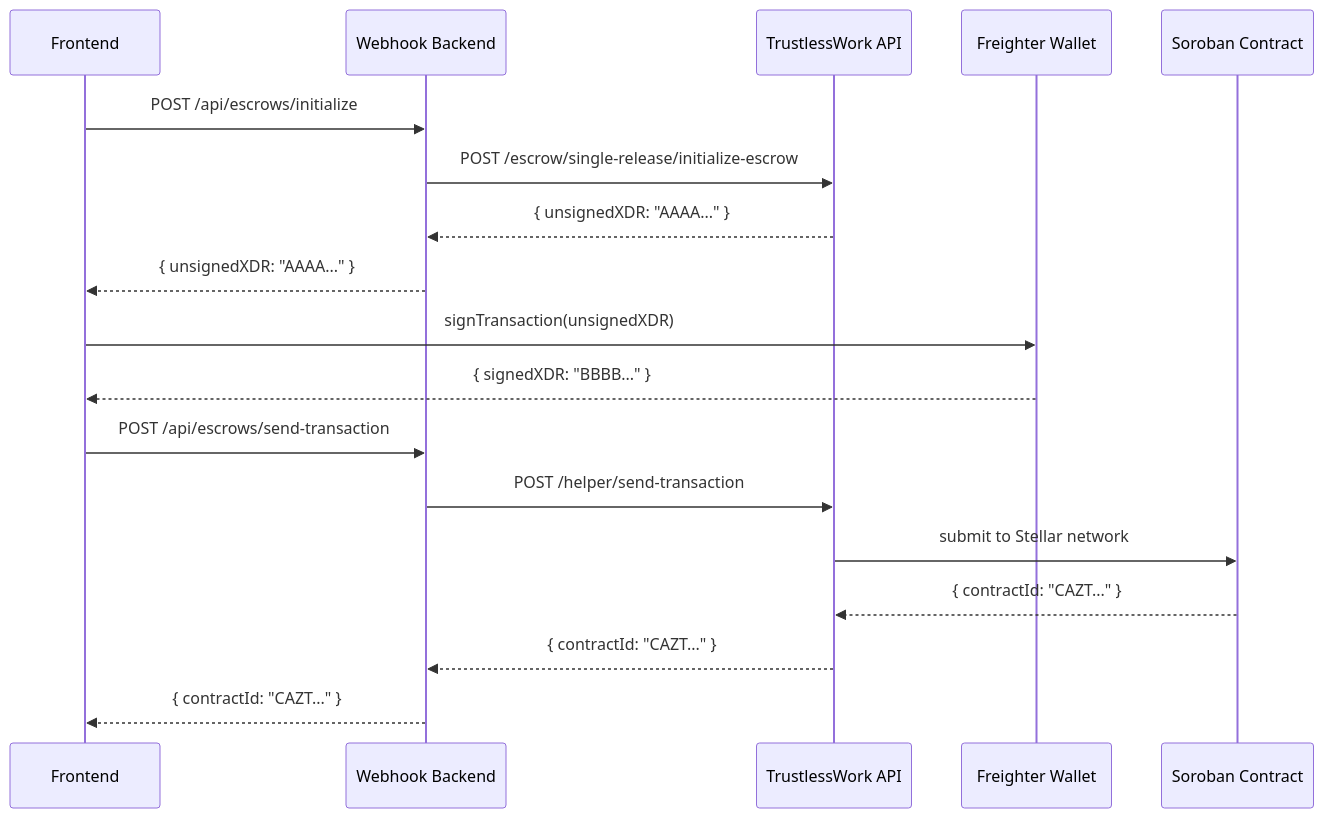
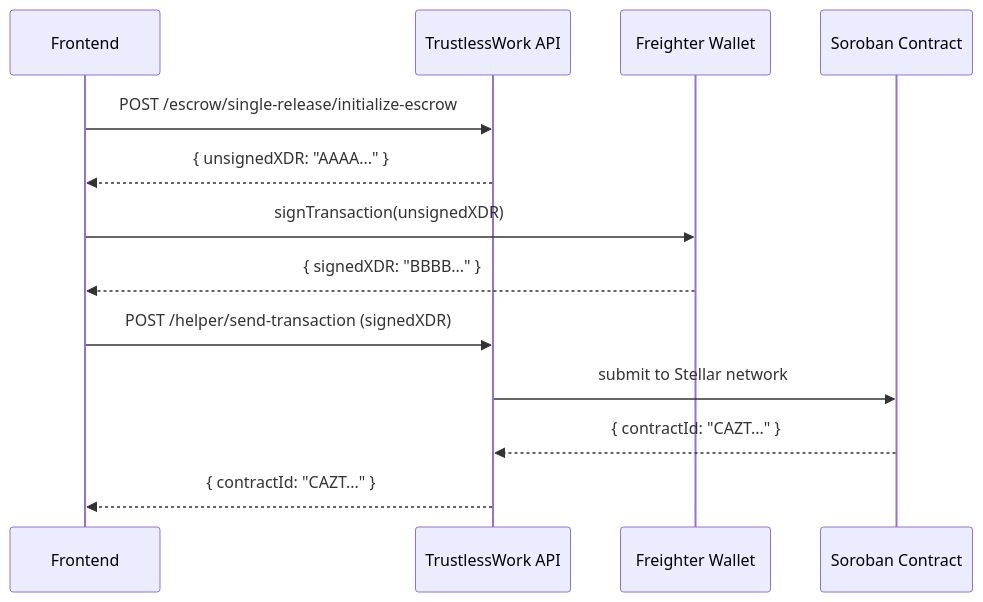
The second of 5 diagrams in docs/architecture/overview.md (safetrustcr/backend-SafeTrust), drawn with Mermaid before and after one commit. The commit also changed other lines of this file, not shown here.

Commit message:
docs(architecture): document frontend-managed XDR submission

````diff
--- a/docs/architecture/overview.md
+++ b/docs/architecture/overview.md
@@ -69,23 +72,18 @@
 ```mermaid
 sequenceDiagram
     participant FE as Frontend
-    participant BE as Webhook Backend
     participant TW as TrustlessWork API
     participant FW as Freighter Wallet
     participant SC as Soroban Contract
 
-    FE->>BE: POST /api/escrows/initialize
-    BE->>TW: POST /escrow/single-release/initialize-escrow
-    TW-->>BE: { unsignedXDR: "AAAA..." }
-    BE-->>FE: { unsignedXDR: "AAAA..." }
+    FE->>TW: POST /escrow/single-release/initialize-escrow
+    TW-->>FE: { unsignedXDR: "AAAA..." }
 
     FE->>FW: signTransaction(unsignedXDR)
     FW-->>FE: { signedXDR: "BBBB..." }
 
-    FE->>BE: POST /api/escrows/send-transaction
-    BE->>TW: POST /helper/send-transaction
+    FE->>TW: POST /helper/send-transaction (signedXDR)
     TW->>SC: submit to Stellar network
     SC-->>TW: { contractId: "CAZT..." }
-    TW-->>BE: { contractId: "CAZT..." }
-    BE-->>FE: { contractId: "CAZT..." }
+    TW-->>FE: { contractId: "CAZT..." }
 ```
````
